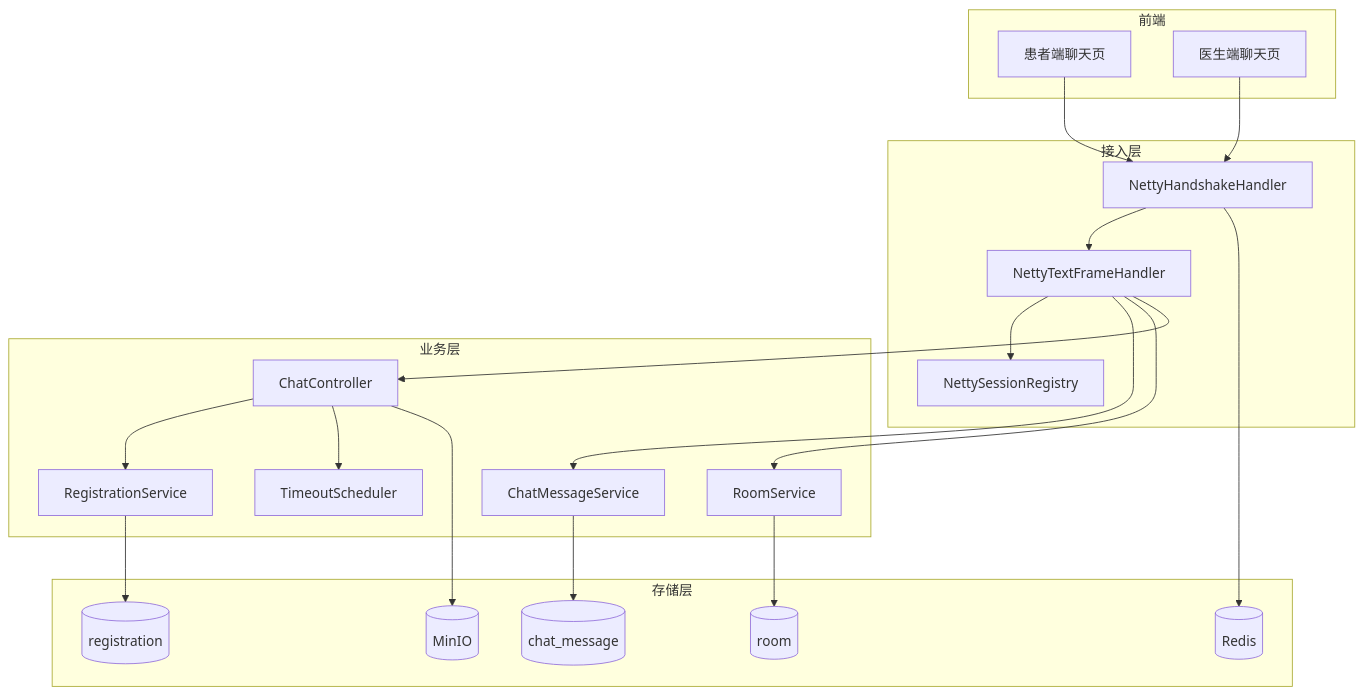
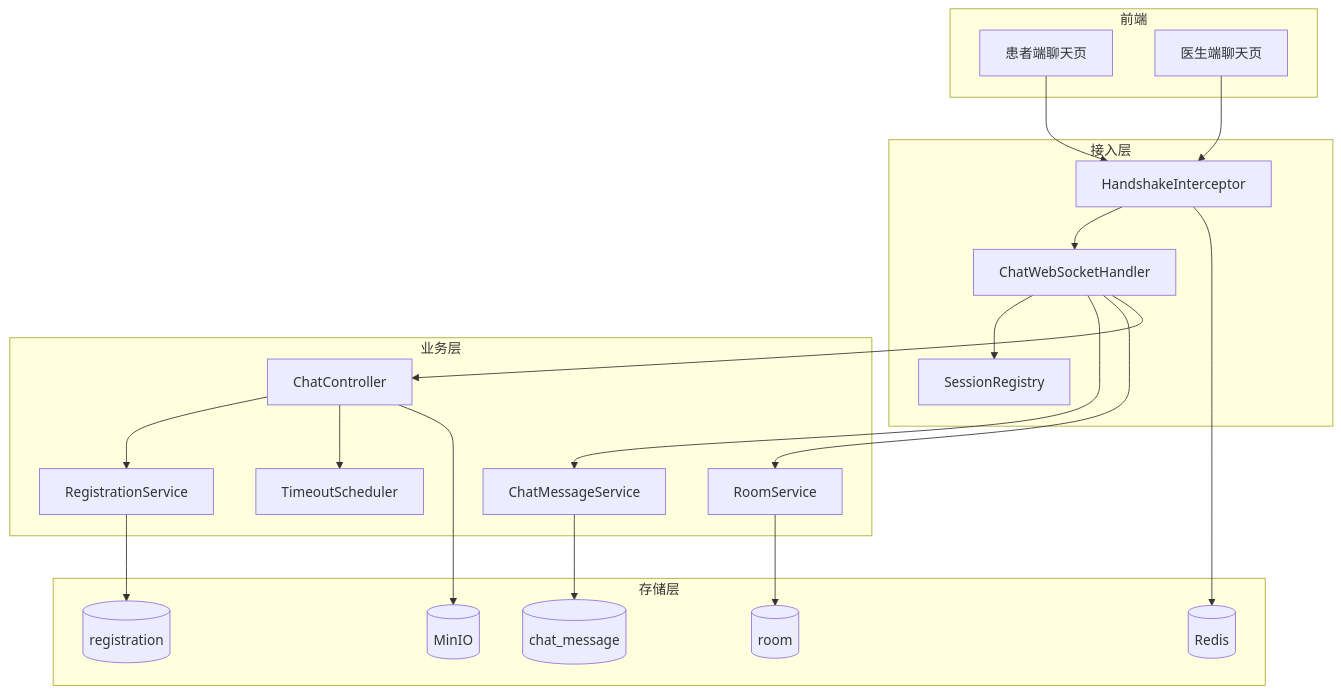
The third of 4 diagrams in phase-3.md (renyanhui6/online-diagnosis-and-treatment-system), drawn with Mermaid before and after one commit. The commit also changed other lines of this file and 96 other files, not shown here.

````diff
--- a/phase-3.md
+++ b/phase-3.md
@@ -70,44 +70,44 @@
 ```mermaid
 flowchart TB
   subgraph 前端
     P1[患者端聊天页]
     D1[医生端聊天页]
   end
 
   subgraph 接入层
-    N1[NettyHandshakeHandler]
-    N2[NettyTextFrameHandler]
-    N3[NettySessionRegistry]
+    N1[HandshakeInterceptor]
+    N2[ChatWebSocketHandler]
+    N3[SessionRegistry]
   end
 
   subgraph 业务层
     C1[ChatController]
     C2[RoomService]
     C3[ChatMessageService]
     C4[RegistrationService]
     C5[TimeoutScheduler]
   end
 
   subgraph 存储层
     DB1[(room)]
     DB2[(chat_message)]
     DB3[(registration)]
     R1[(Redis)]
     O1[(MinIO)]
   end
 
   P1 --> N1
   D1 --> N1
   N1 --> N2
   N2 --> N3
   N2 --> C3
   N2 --> C2
   N2 --> C1
   C1 --> C4
   C1 --> C5
   C2 --> DB1
   C3 --> DB2
   C4 --> DB3
   N1 --> R1
   C1 --> O1
 ```
````
